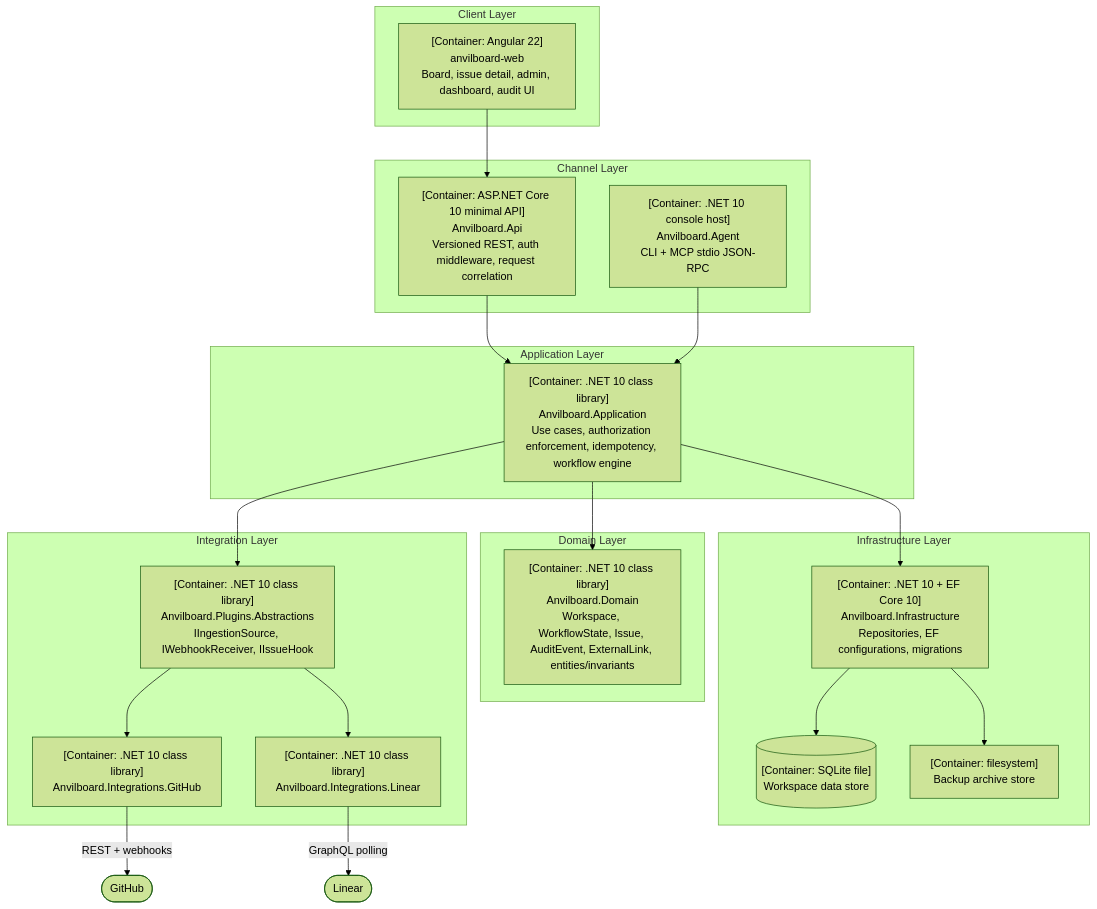
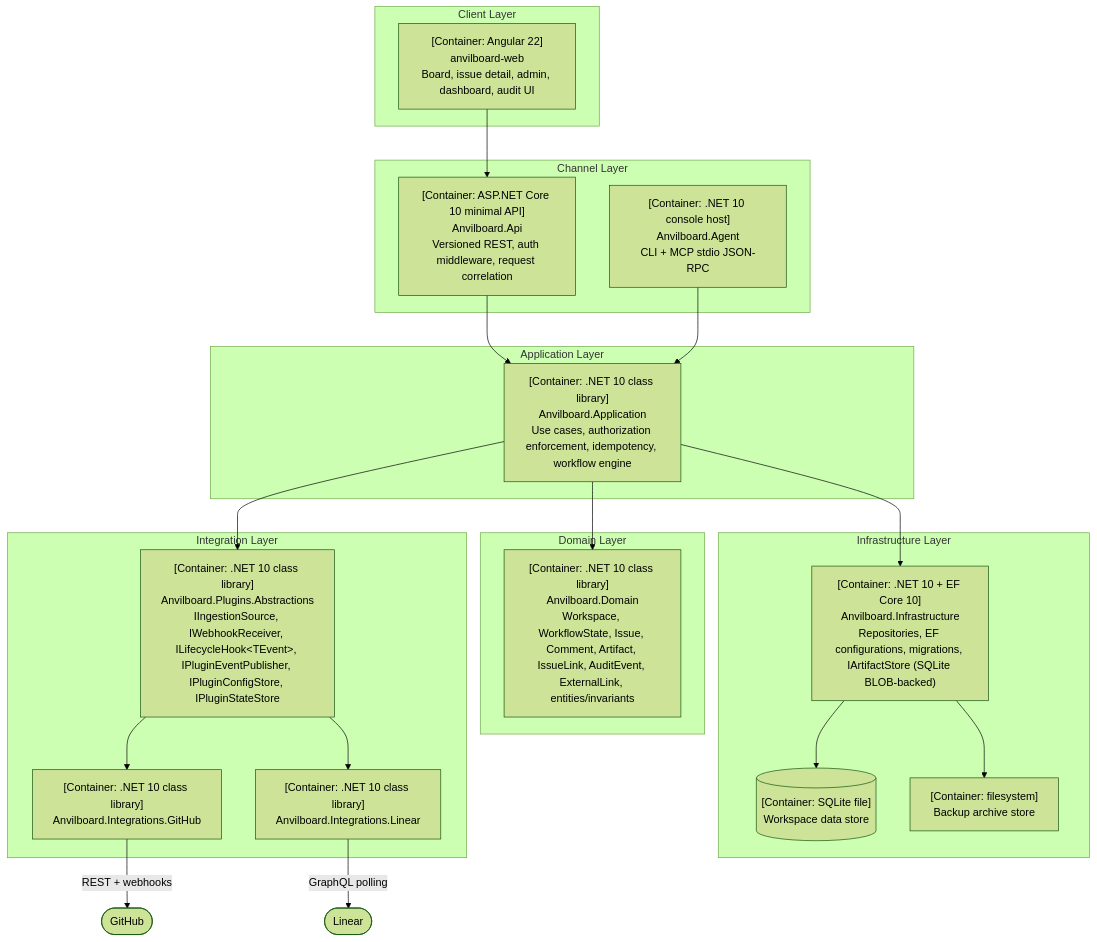
Before and after one commit to sommmen/Anvilboard: the third of 7 diagrams in docs/anvilboard/tech-design.md, drawn with Mermaid (forest theme). The commit also changed other lines of this file and 9 other files, not shown here.

````diff
--- a/docs/anvilboard/tech-design.md
+++ b/docs/anvilboard/tech-design.md
@@ -176,44 +177,44 @@
 ```mermaid
 flowchart TB
     subgraph "Client Layer"
         WebApp["[Container: Angular 22]<br/>anvilboard-web<br/>Board, issue detail, admin, dashboard, audit UI"]
     end
 
     subgraph "Channel Layer"
         RestApi["[Container: ASP.NET Core 10 minimal API]<br/>Anvilboard.Api<br/>Versioned REST, auth middleware, request correlation"]
         AgentHost["[Container: .NET 10 console host]<br/>Anvilboard.Agent<br/>CLI + MCP stdio JSON-RPC"]
     end
 
     subgraph "Application Layer"
         AppSvc["[Container: .NET 10 class library]<br/>Anvilboard.Application<br/>Use cases, authorization enforcement, idempotency, workflow engine"]
     end
 
     subgraph "Domain Layer"
-        Domain["[Container: .NET 10 class library]<br/>Anvilboard.Domain<br/>Workspace, WorkflowState, Issue, AuditEvent, ExternalLink, entities/invariants"]
+        Domain["[Container: .NET 10 class library]<br/>Anvilboard.Domain<br/>Workspace, WorkflowState, Issue, Comment, Artifact, IssueLink, AuditEvent, ExternalLink, entities/invariants"]
     end
 
     subgraph "Infrastructure Layer"
-        Infra["[Container: .NET 10 + EF Core 10]<br/>Anvilboard.Infrastructure<br/>Repositories, EF configurations, migrations"]
+        Infra["[Container: .NET 10 + EF Core 10]<br/>Anvilboard.Infrastructure<br/>Repositories, EF configurations, migrations, IArtifactStore (SQLite BLOB-backed)"]
         Sqlite[("[Container: SQLite file]<br/>Workspace data store")]
         Backup["[Container: filesystem]<br/>Backup archive store"]
     end
 
     subgraph "Integration Layer"
-        PluginAbs["[Container: .NET 10 class library]<br/>Anvilboard.Plugins.Abstractions<br/>IIngestionSource, IWebhookReceiver, IIssueHook"]
+        PluginAbs["[Container: .NET 10 class library]<br/>Anvilboard.Plugins.Abstractions<br/>IIngestionSource, IWebhookReceiver, ILifecycleHook&lt;TEvent&gt;, IPluginEventPublisher, IPluginConfigStore, IPluginStateStore"]
         GH["[Container: .NET 10 class library]<br/>Anvilboard.Integrations.GitHub"]
         LI["[Container: .NET 10 class library]<br/>Anvilboard.Integrations.Linear"]
     end
 
     WebApp --> RestApi
     RestApi --> AppSvc
     AgentHost --> AppSvc
     AppSvc --> Domain
     AppSvc --> Infra
     Infra --> Sqlite
     Infra --> Backup
     AppSvc --> PluginAbs
     PluginAbs --> GH
     PluginAbs --> LI
     GH -->|"REST + webhooks"| GitHubExt(["GitHub"])
     LI -->|"GraphQL polling"| LinearExt(["Linear"])
 ```
````
